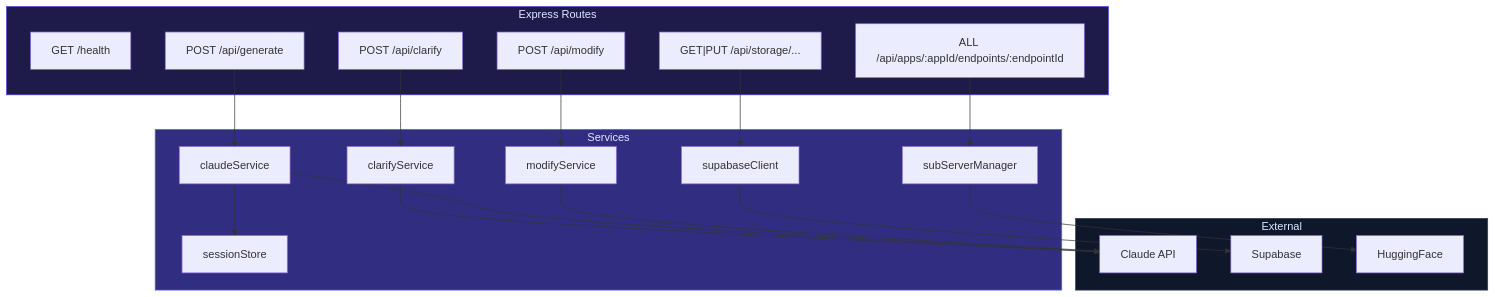
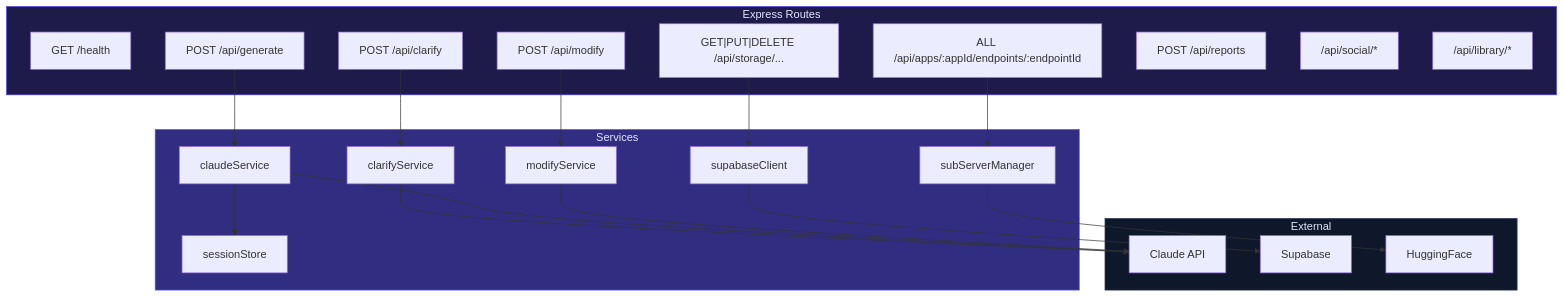
Before and after one commit to wartelth/baristapp: the diagram in docs/docs/server/overview.md, drawn with Mermaid. The commit also changed other lines of this file and 123 other files, not shown here.

````diff
--- a/docs/docs/server/overview.md
+++ b/docs/docs/server/overview.md
@@ -15,37 +15,40 @@
 ```mermaid
 flowchart TD
     subgraph Routes["Express Routes"]
         Health["GET /health"]
         Clarify["POST /api/clarify"]
         Generate["POST /api/generate"]
         Modify["POST /api/modify"]
         Endpoints["ALL /api/apps/:appId/endpoints/:endpointId"]
-        StorageR["GET|PUT /api/storage/..."]
+        StorageR["GET|PUT|DELETE /api/storage/..."]
+        Reports["POST /api/reports"]
+        Social["/api/social/*"]
+        Library["/api/library/*"]
     end
 
     subgraph Services
         CS["claudeService"]
         CLS["clarifyService"]
         MS["modifyService"]
         SM["subServerManager"]
         SS["sessionStore"]
         SC["supabaseClient"]
     end
 
     subgraph External
         Claude["Claude API"]
         Supa["Supabase"]
         HF["HuggingFace"]
     end
 
     Clarify --> CLS --> Claude
     Generate --> CS --> Claude
     Modify --> MS --> Claude
     Endpoints --> SM --> HF
     StorageR --> SC --> Supa
     CS --> SS
 
     style Routes fill:#1e1b4b,color:#e0e7ff,stroke:#4f46e5
     style Services fill:#312e81,color:#e0e7ff,stroke:#6366f1
     style External fill:#0f172a,color:#e0e7ff,stroke:#334155
 ```
````
